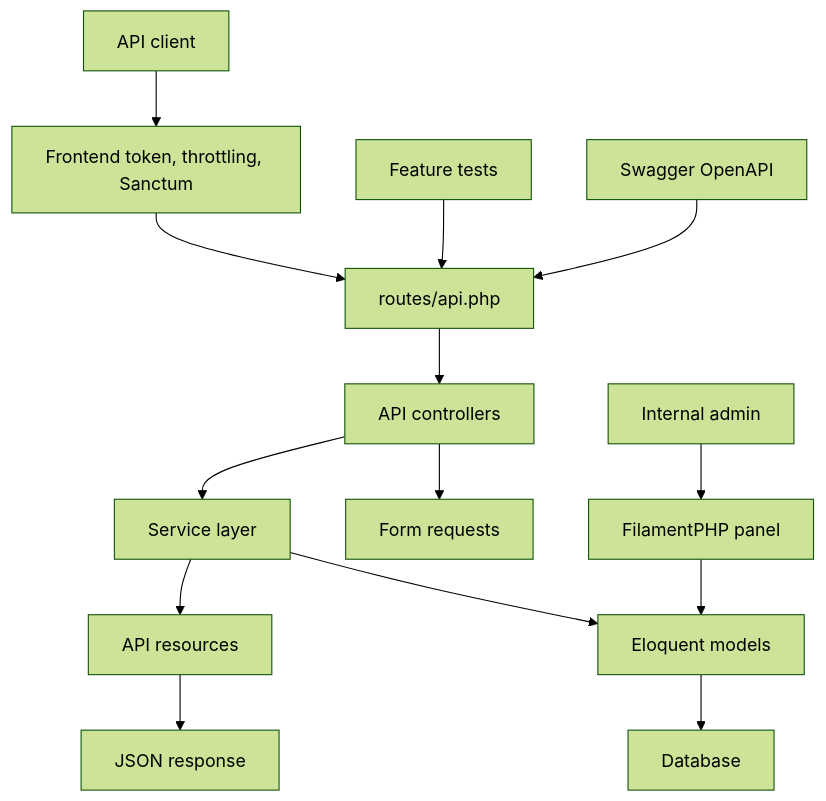
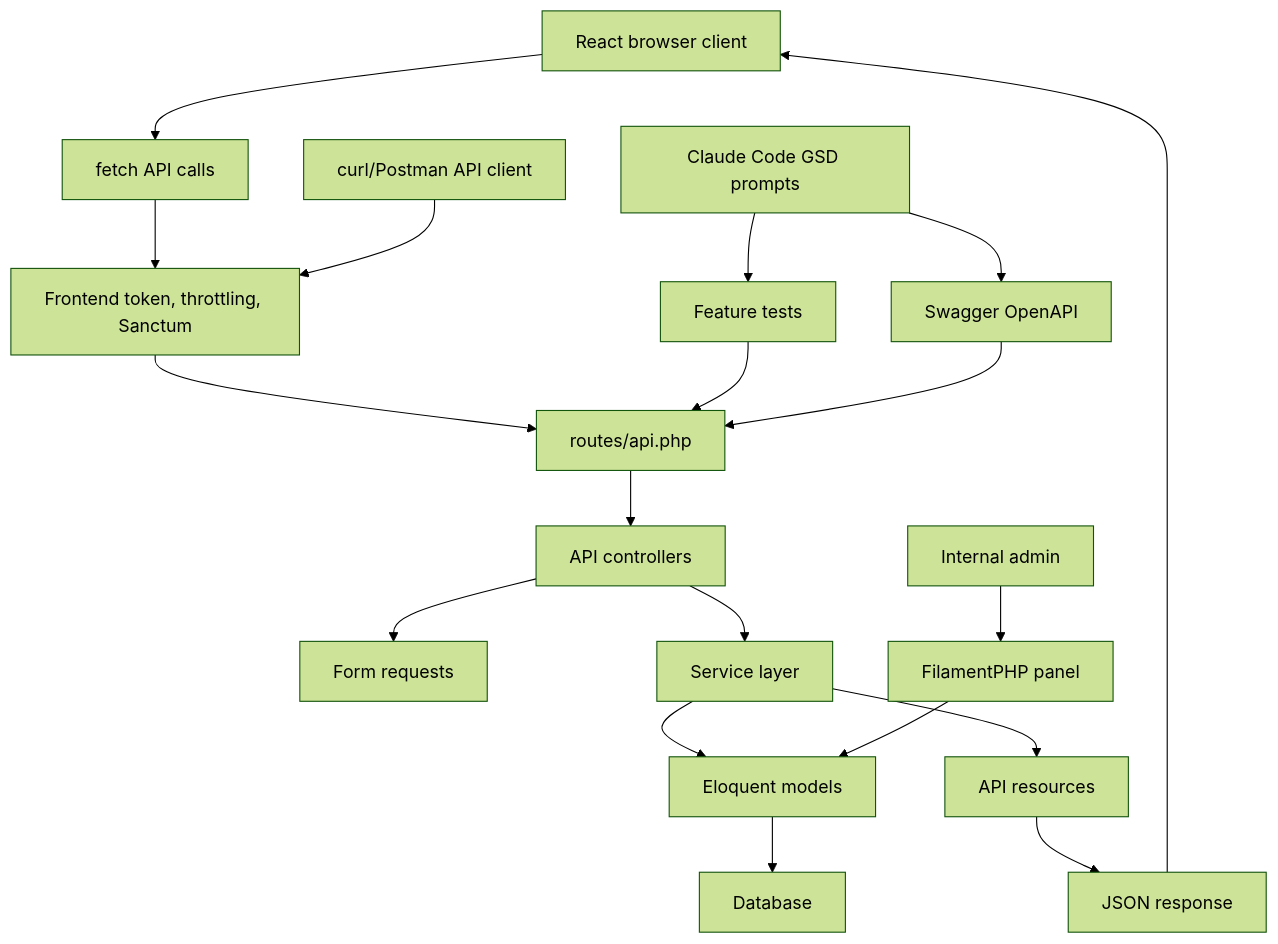
The second of 2 diagrams in training/overview.md (habibtalib/laravel-api-tutorial), drawn with Mermaid (forest theme) before and after one commit. The commit also changed other lines of this file and 2 other files, not shown here.

````diff
--- a/training/overview.md
+++ b/training/overview.md
@@ -99,18 +111,23 @@
 ```mermaid
 flowchart TB
-    Client["API client"] --> Security["Frontend token, throttling, Sanctum"]
+    Browser["React browser client"] --> Fetch["fetch API calls"]
+    Fetch --> Security["Frontend token, throttling, Sanctum"]
+    Client["curl/Postman API client"] --> Security
     Security --> Routes["routes/api.php"]
     Routes --> Controllers["API controllers"]
     Controllers --> Requests["Form requests"]
     Controllers --> Services["Service layer"]
     Services --> Models["Eloquent models"]
     Models --> Database["Database"]
     Services --> Resources["API resources"]
     Resources --> Json["JSON response"]
+    Json --> Browser
 
     Admin["Internal admin"] --> Filament["FilamentPHP panel"]
     Filament --> Models
 
     Tests["Feature tests"] --> Routes
     Docs["Swagger OpenAPI"] --> Routes
+    Assistant["Claude Code GSD prompts"] --> Tests
+    Assistant --> Docs
 ```
````
